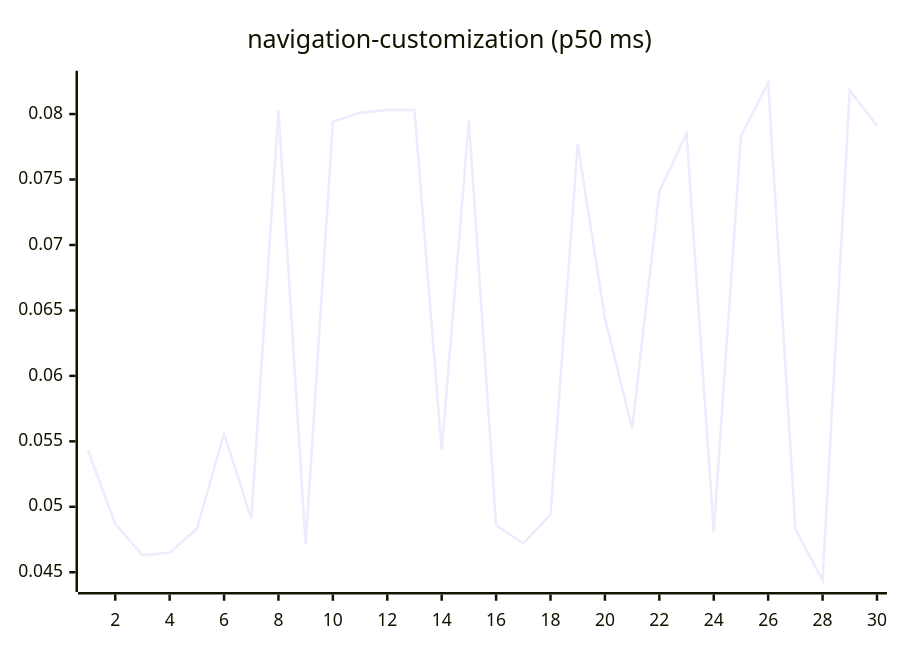
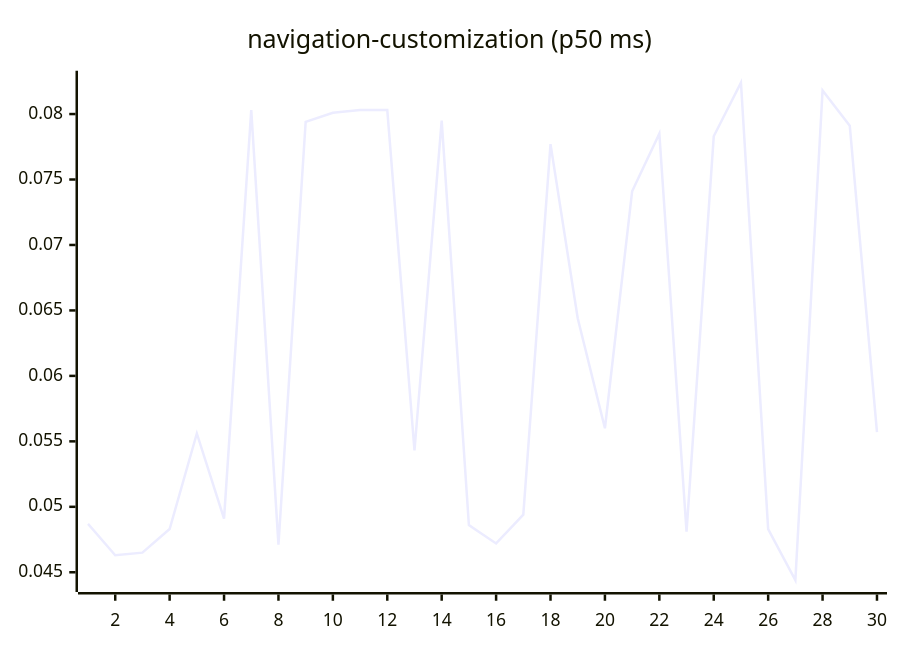
Before and after one commit to josha/Facet: diagram 15 of 27 in README.md, drawn with Mermaid. The commit also changed other lines of this file and 2 other files, not shown here.

````diff
--- a/README.md
+++ b/README.md
@@ -161,6 +161,6 @@
 ```mermaid
 xychart-beta
     title "navigation-customization (p50 ms)"
     x-axis 1 --> 30
-    line [0.0543, 0.0487, 0.0463, 0.0465, 0.0483, 0.0556, 0.0491, 0.0803, 0.0471, 0.0794, 0.0801, 0.0803, 0.0803, 0.0543, 0.0795, 0.0486, 0.0472, 0.0494, 0.0777, 0.0644, 0.0560, 0.0741, 0.0785, 0.0481, 0.0783, 0.0824, 0.0483, 0.0444, 0.0818, 0.0791]
+    line [0.0487, 0.0463, 0.0465, 0.0483, 0.0556, 0.0491, 0.0803, 0.0471, 0.0794, 0.0801, 0.0803, 0.0803, 0.0543, 0.0795, 0.0486, 0.0472, 0.0494, 0.0777, 0.0644, 0.0560, 0.0741, 0.0785, 0.0481, 0.0783, 0.0824, 0.0483, 0.0444, 0.0818, 0.0791, 0.0557]
 ```
````
